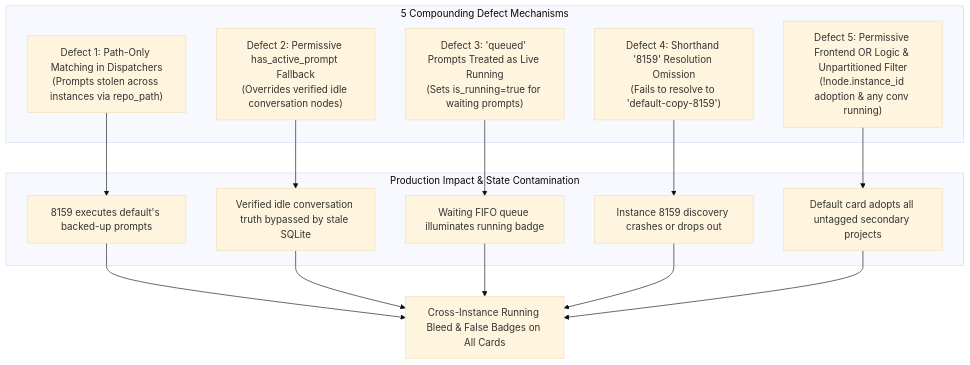
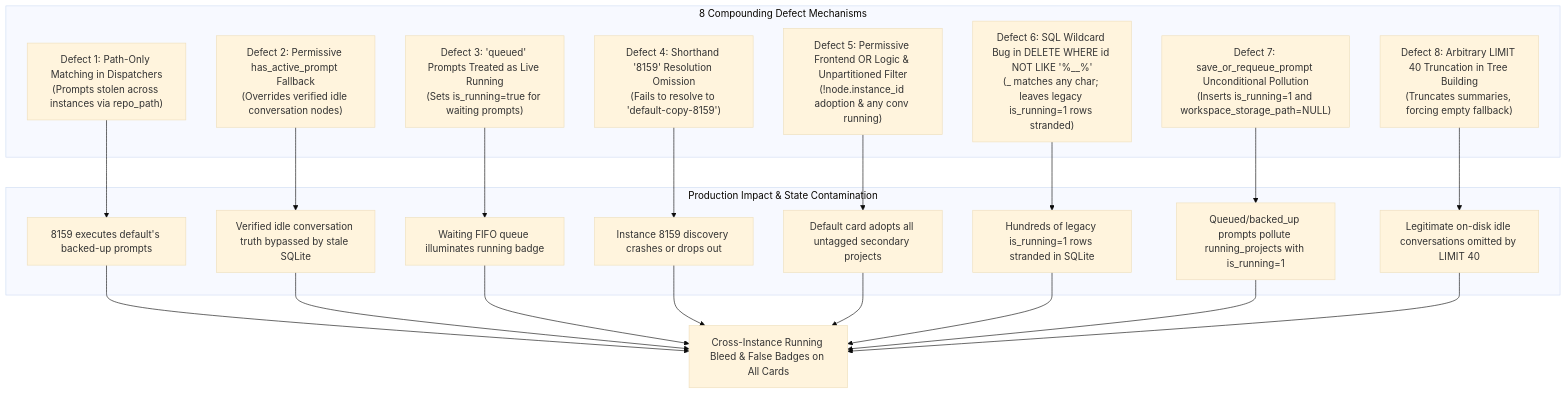
The second of 3 diagrams in 02-spec/22-app-issues/123-per-instance-prompt-running-detection-root-cause.md (alimtvnetwork/Antigravity-Manager), drawn with Mermaid (base theme) before and after one commit. The commit also changed other lines of this file and 4 other files, not shown here.

Commit message:
feat(repo_db): fix SQL delimiter migration, sanitize prompt persistence, and eliminate conversation tree truncation

````diff
--- a/02-spec/22-app-issues/123-per-instance-prompt-running-detection-root-cause.md
+++ b/02-spec/22-app-issues/123-per-instance-prompt-running-detection-root-cause.md
@@ -104,30 +107,42 @@
 ```mermaid
 flowchart TD
-    subgraph Defects ["5 Compounding Defect Mechanisms"]
+    subgraph Defects ["8 Compounding Defect Mechanisms"]
         D1["Defect 1: Path-Only Matching in Dispatchers<br/>(Prompts stolen across instances via repo_path)"]
         D2["Defect 2: Permissive has_active_prompt Fallback<br/>(Overrides verified idle conversation nodes)"]
         D3["Defect 3: 'queued' Prompts Treated as Live Running<br/>(Sets is_running=true for waiting prompts)"]
         D4["Defect 4: Shorthand '8159' Resolution Omission<br/>(Fails to resolve to 'default-copy-8159')"]
         D5["Defect 5: Permissive Frontend OR Logic & Unpartitioned Filter<br/>(!node.instance_id adoption & any conv running)"]
+        D6["Defect 6: SQL Wildcard Bug in DELETE WHERE id NOT LIKE '%__%'<br/>(_ matches any char; leaves legacy is_running=1 rows stranded)"]
+        D7["Defect 7: save_or_requeue_prompt Unconditional Pollution<br/>(Inserts is_running=1 and workspace_storage_path=NULL)"]
+        D8["Defect 8: Arbitrary LIMIT 40 Truncation in Tree Building<br/>(Truncates summaries, forcing empty fallback)"]
     end
 
     subgraph Impacts ["Production Impact & State Contamination"]
         I1["8159 executes default's backed-up prompts"]
         I2["Verified idle conversation truth bypassed by stale SQLite"]
         I3["Waiting FIFO queue illuminates running badge"]
         I4["Instance 8159 discovery crashes or drops out"]
         I5["Default card adopts all untagged secondary projects"]
+        I6["Hundreds of legacy is_running=1 rows stranded in SQLite"]
+        I7["Queued/backed_up prompts pollute running_projects with is_running=1"]
+        I8["Legitimate on-disk idle conversations omitted by LIMIT 40"]
     end
 
     D1 --> I1
     D2 --> I2
     D3 --> I3
     D4 --> I4
     D5 --> I5
+    D6 --> I6
+    D7 --> I7
+    D8 --> I8
 
     I1 --> DefectManifestation["Cross-Instance Running Bleed & False Badges on All Cards"]
     I2 --> DefectManifestation
     I3 --> DefectManifestation
     I4 --> DefectManifestation
     I5 --> DefectManifestation
+    I6 --> DefectManifestation
+    I7 --> DefectManifestation
+    I8 --> DefectManifestation
 ```
````
